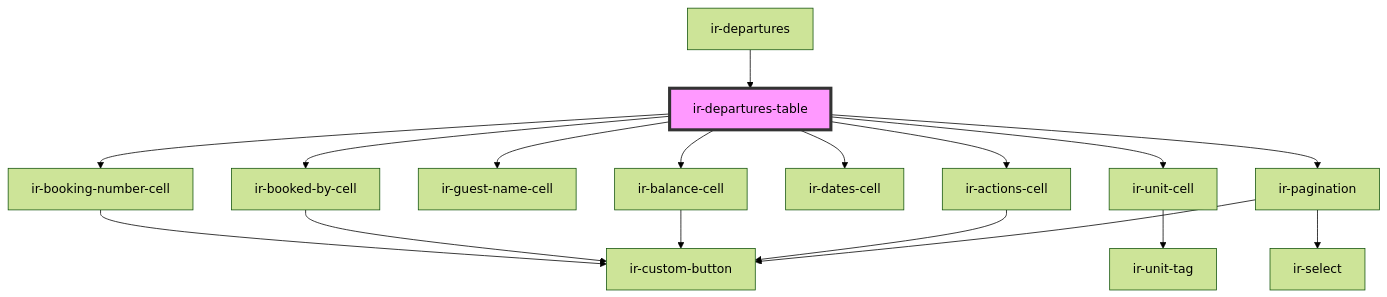
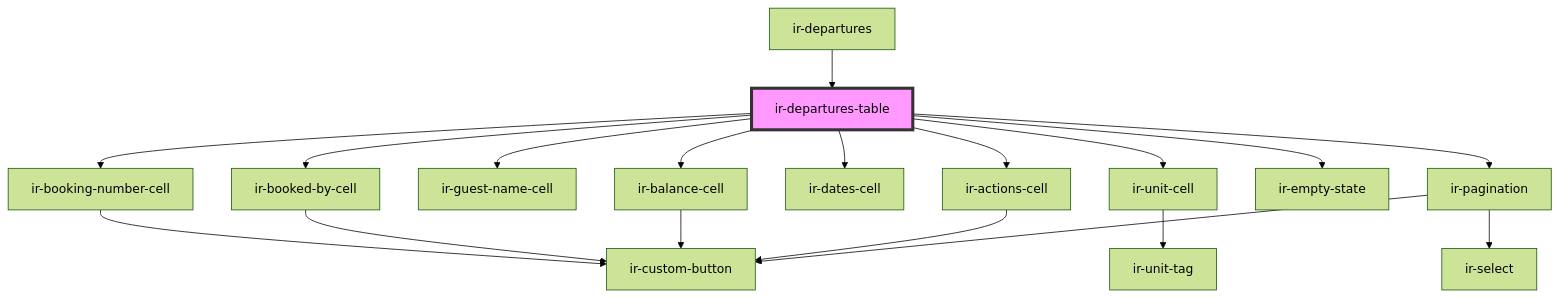
One commit to David1Chowaifaty/modified-ir-webcmp changed the diagram in src/components/ir-departures/ir-departures-table/readme.md. Above: the diagram before and after it, drawn with Mermaid (forest theme). The commit also changed other lines of this file and 17 other files, not shown here.

````diff
--- a/src/components/ir-departures/ir-departures-table/readme.md
+++ b/src/components/ir-departures/ir-departures-table/readme.md
@@ -26,20 +36,21 @@
 ```mermaid
 graph TD;
   ir-departures-table --> ir-booking-number-cell
   ir-departures-table --> ir-booked-by-cell
   ir-departures-table --> ir-guest-name-cell
   ir-departures-table --> ir-unit-cell
   ir-departures-table --> ir-dates-cell
   ir-departures-table --> ir-balance-cell
   ir-departures-table --> ir-actions-cell
+  ir-departures-table --> ir-empty-state
   ir-departures-table --> ir-pagination
   ir-booking-number-cell --> ir-custom-button
   ir-booked-by-cell --> ir-custom-button
   ir-unit-cell --> ir-unit-tag
   ir-balance-cell --> ir-custom-button
   ir-actions-cell --> ir-custom-button
   ir-pagination --> ir-select
   ir-pagination --> ir-custom-button
   ir-departures --> ir-departures-table
   style ir-departures-table fill:#f9f,stroke:#333,stroke-width:4px
 ```
````
